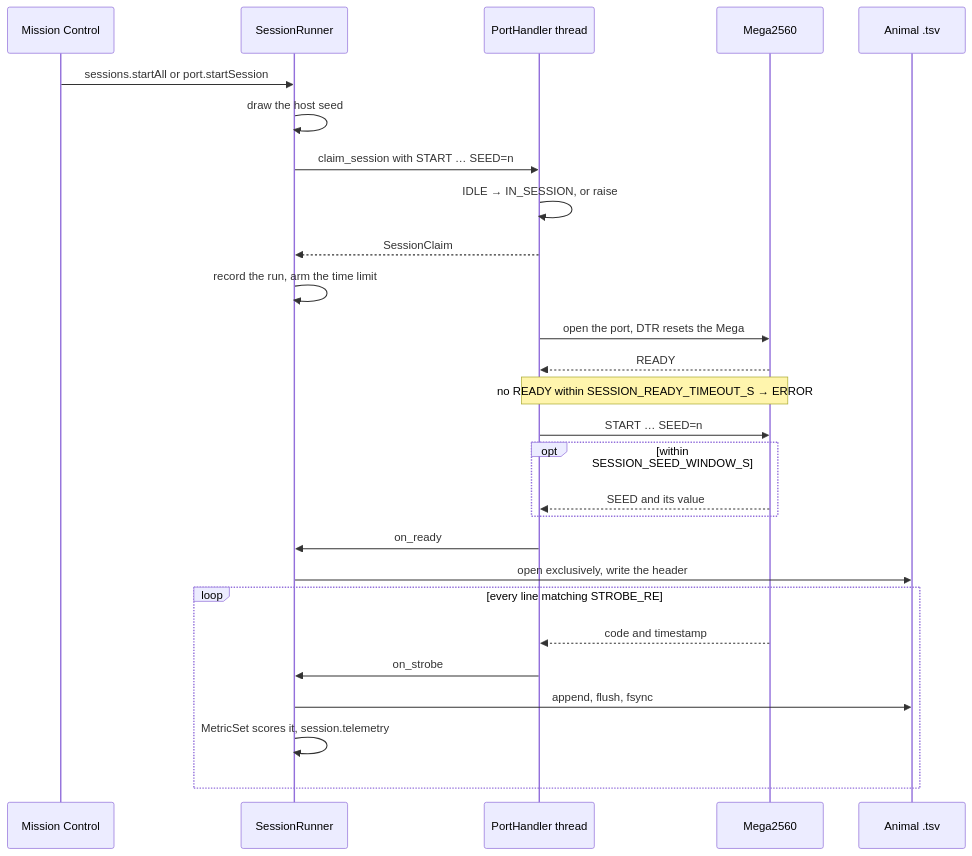
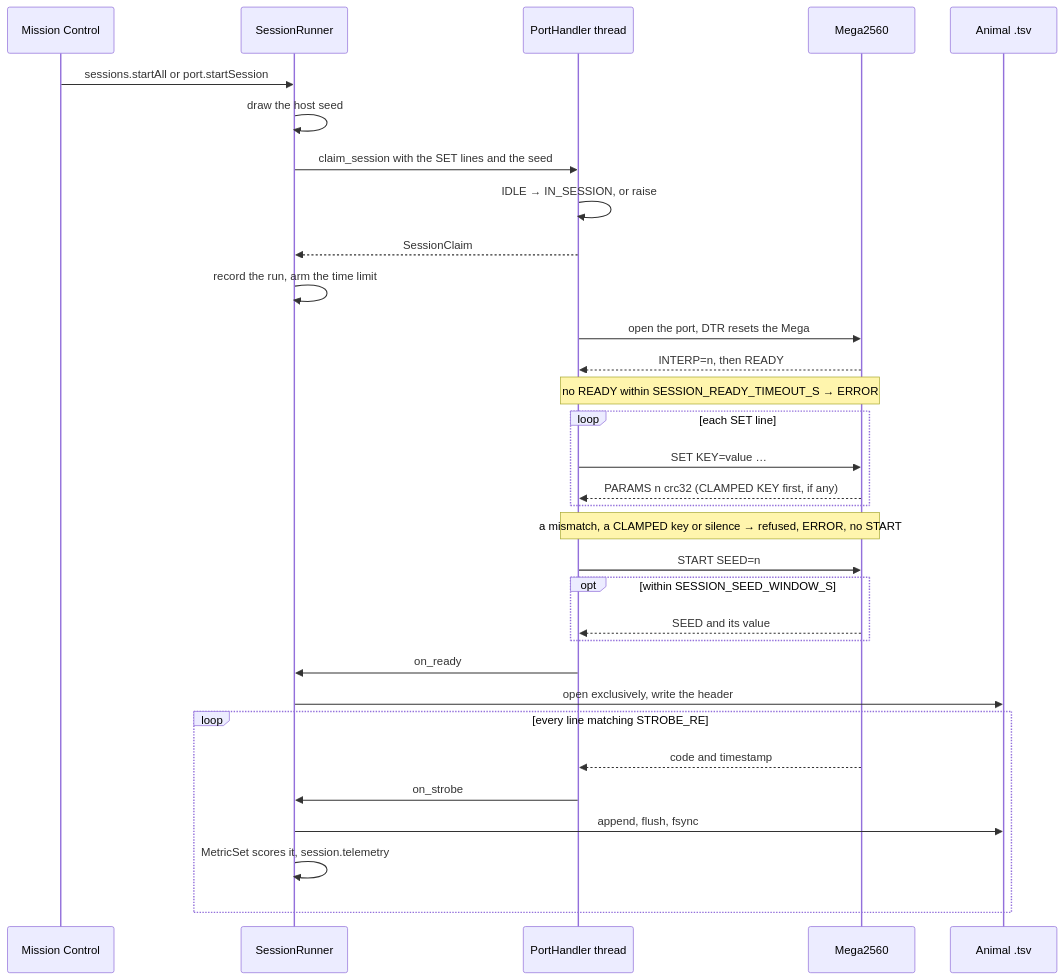
The seventh of 9 diagrams in docs/ARCHITECTURE.md (Chase-NJ/Ephymeris), drawn with Mermaid before and after one commit. The commit also changed other lines of this file and 37 other files, not shown here.

First line of the commit message:
Confirm the run's parameters by CRC before START (#126)

````diff
--- a/docs/ARCHITECTURE.md
+++ b/docs/ARCHITECTURE.md
@@ -1159,29 +1166,34 @@
 ```mermaid
 sequenceDiagram
     participant UI as Mission Control
     participant Runner as SessionRunner
     participant Port as PortHandler thread
     participant Board as Mega2560
     participant File as Animal .tsv
     UI->>Runner: sessions.startAll or port.startSession
     Runner->>Runner: draw the host seed
-    Runner->>Port: claim_session with START … SEED=n
+    Runner->>Port: claim_session with the SET lines and the seed
     Port->>Port: IDLE → IN_SESSION, or raise
     Port-->>Runner: SessionClaim
     Runner->>Runner: record the run, arm the time limit
     Port->>Board: open the port, DTR resets the Mega
-    Board-->>Port: READY
+    Board-->>Port: INTERP=n, then READY
     Note over Port,Board: no READY within SESSION_READY_TIMEOUT_S → ERROR
-    Port->>Board: START … SEED=n
+    loop each SET line
+        Port->>Board: SET KEY=value …
+        Board-->>Port: PARAMS n crc32 (CLAMPED KEY first, if any)
+    end
+    Note over Port,Board: a mismatch, a CLAMPED key or silence → refused, ERROR, no START
+    Port->>Board: START SEED=n
     opt within SESSION_SEED_WINDOW_S
         Board-->>Port: SEED and its value
     end
     Port->>Runner: on_ready
     Runner->>File: open exclusively, write the header
     loop every line matching STROBE_RE
         Board-->>Port: code and timestamp
         Port->>Runner: on_strobe
         Runner->>File: append, flush, fsync
         Runner->>Runner: MetricSet scores it, session.telemetry
     end
 ```
````
